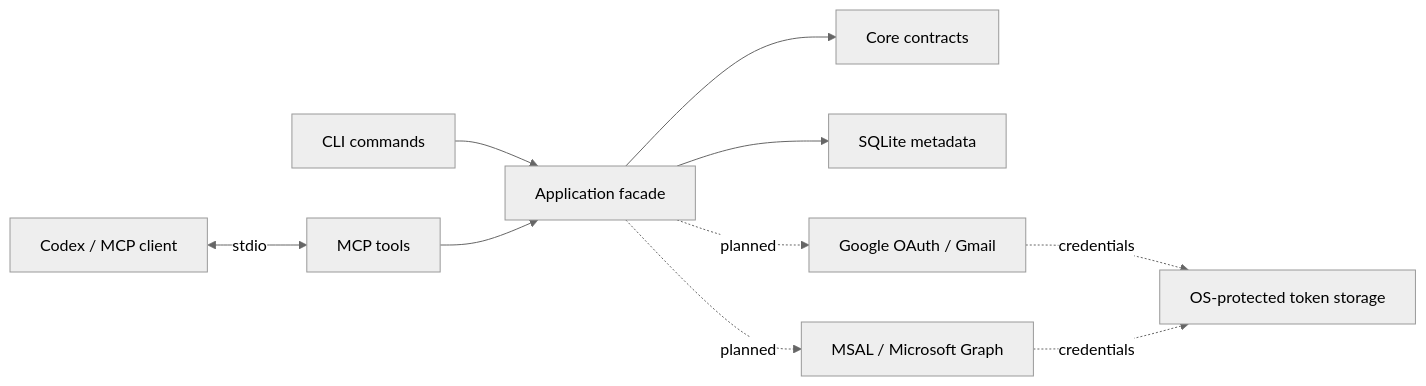
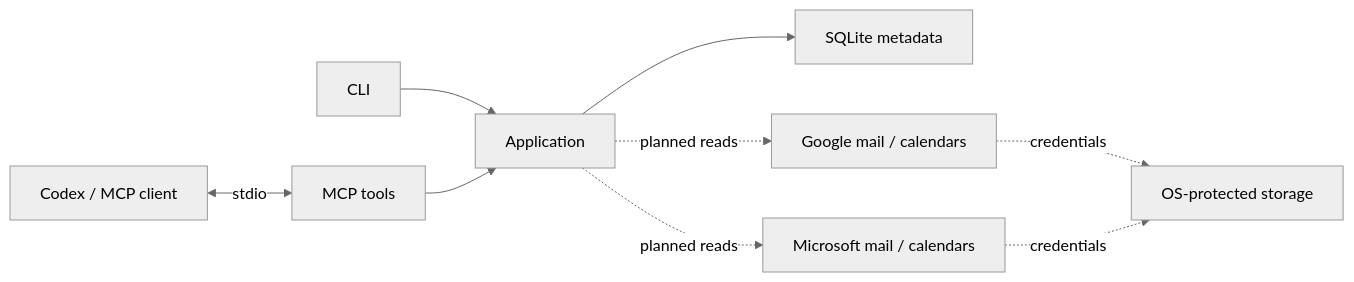
One commit to umbertotechnopreneur/MailMeUp changed the diagram in docs/ARCHITECTURE.md. Above: the diagram before and after it, drawn with Mermaid (neutral theme). The commit also changed other lines of this file and 30 other files, not shown here.

````diff
--- a/docs/ARCHITECTURE.md
+++ b/docs/ARCHITECTURE.md
@@ -5,12 +5,11 @@
 ```mermaid
 flowchart LR
-    CLI[CLI commands] --> APP[Application facade]
-    CODEX[Codex / MCP client] <-->|stdio| MCP[MCP tools]
+    CLI[CLI] --> APP[Application]
+    CLIENT[Codex / MCP client] <-->|stdio| MCP[MCP tools]
     MCP --> APP
-    APP --> CORE[Core contracts]
-    APP --> STORE[SQLite metadata]
-    APP -. planned .-> GOOGLE[Google OAuth / Gmail]
-    APP -. planned .-> MS[MSAL / Microsoft Graph]
-    GOOGLE -. credentials .-> VAULT[OS-protected token storage]
+    APP --> DB[SQLite metadata]
+    APP -. planned reads .-> GOOGLE[Google mail / calendars]
+    APP -. planned reads .-> MS[Microsoft mail / calendars]
+    GOOGLE -. credentials .-> VAULT[OS-protected storage]
     MS -. credentials .-> VAULT
 ```
````
